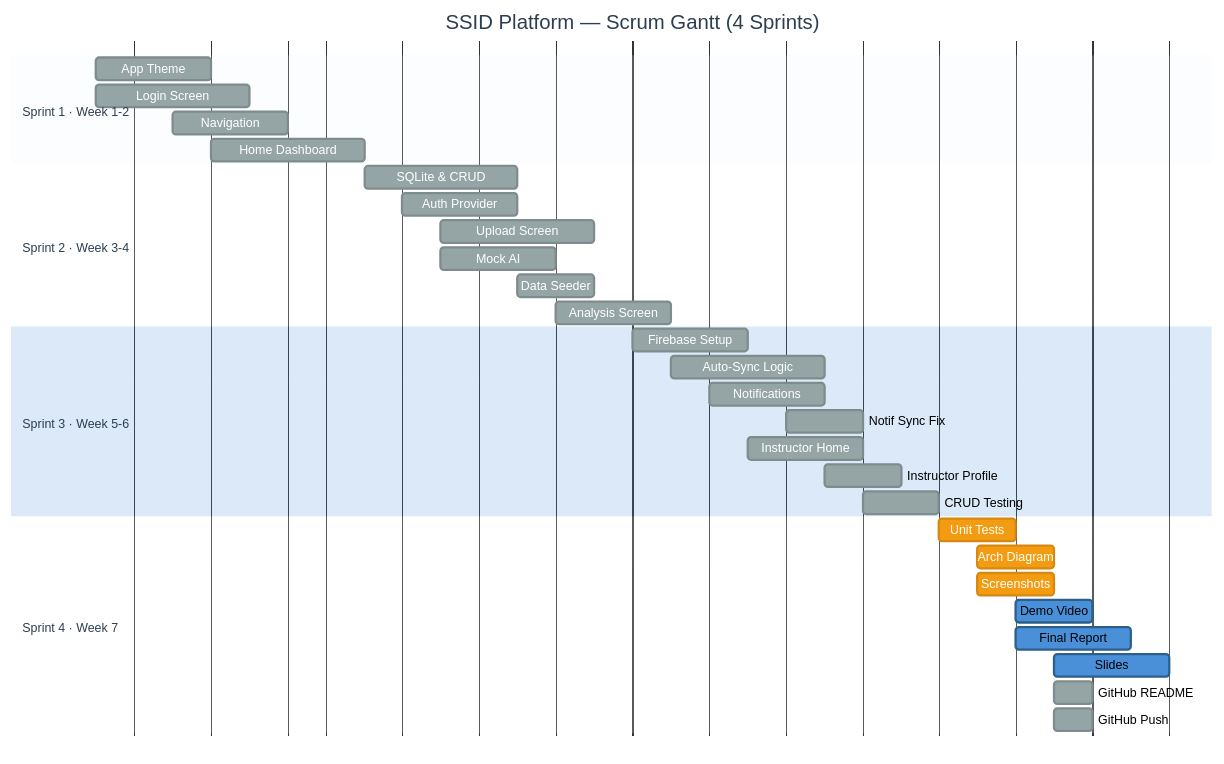
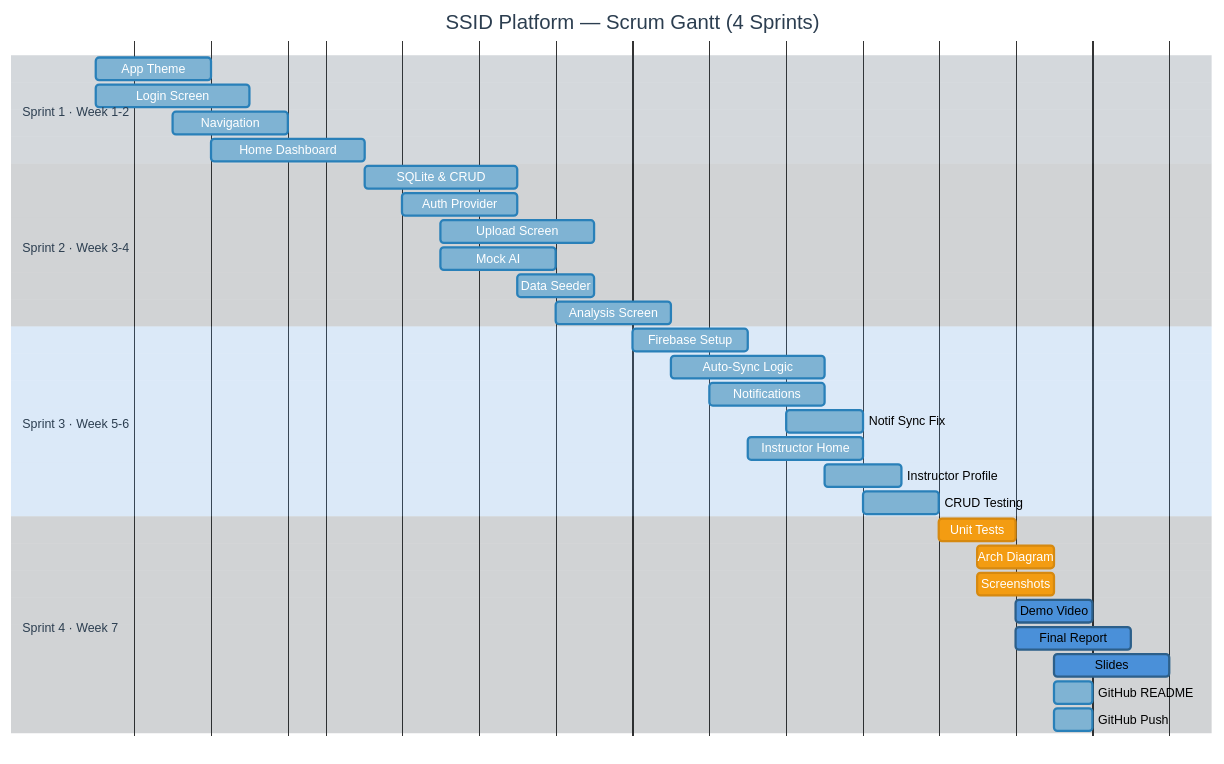
Before and after one commit to Apinan1234/ssid_app_v2-: the diagram in docs/gantt_scrum.md, drawn with Mermaid.

Commit message:
Fix: Gantt - dark section headers (#2c3e50) with white text, black task bar text for contrast

````diff
--- a/docs/gantt_scrum.md
+++ b/docs/gantt_scrum.md
@@ -10,40 +10,40 @@
 ```mermaid
-%%{init: { 'theme': 'base', 'themeVariables': { 'primaryColor': '#4A90D9', 'primaryTextColor': '#fff', 'primaryBorderColor': '#2c5f8a', 'secondaryColor': '#27ae60', 'tertiaryColor': '#8e44ad', 'critBorderColor': '#e67e22', 'critBkgColor': '#e67e22', 'doneTaskBkgColor': '#95a5a6', 'doneTaskBorderColor': '#7f8c8d', 'activeTaskBkgColor': '#f39c12', 'activeTaskBorderColor': '#d68910', 'taskTextColor': '#000000', 'taskTextOutsideColor': '#000000', 'taskTextLightColor': '#000000', 'sectionBkgColor': '#eaf4fb', 'altSectionBkgColor': '#fdfefe', 'gridColor': '#bdc3c7', 'titleColor': '#2c3e50' } } }%%
+%%{init: { 'theme': 'base', 'themeVariables': { 'primaryColor': '#4A90D9', 'primaryTextColor': '#ffffff', 'primaryBorderColor': '#2c5f8a', 'secondaryColor': '#27ae60', 'tertiaryColor': '#8e44ad', 'critBorderColor': '#e67e22', 'critBkgColor': '#e67e22', 'doneTaskBkgColor': '#7fb3d3', 'doneTaskBorderColor': '#2980b9', 'activeTaskBkgColor': '#f39c12', 'activeTaskBorderColor': '#d68910', 'taskTextColor': '#000000', 'taskTextOutsideColor': '#000000', 'taskTextLightColor': '#000000', 'sectionBkgColor': '#2c3e50', 'altSectionBkgColor': '#1a252f', 'gridColor': '#bdc3c7', 'titleColor': '#2c3e50', 'sectionBkgColorAlt': '#34495e' } } }%%
 gantt
     title SSID Platform — Scrum Gantt (4 Sprints)
     dateFormat YYYY-MM-DD
     axisFormat %d %b
 
     section Sprint 1 · Week 1-2
     App Theme         :done, 2026-01-26, 3d
     Login Screen      :done, 2026-01-26, 4d
     Navigation        :done, 2026-01-28, 3d
     Home Dashboard    :done, 2026-01-29, 4d
 
     section Sprint 2 · Week 3-4
     SQLite & CRUD     :done, 2026-02-02, 4d
     Auth Provider     :done, 2026-02-03, 3d
     Upload Screen     :done, 2026-02-04, 4d
     Mock AI           :done, 2026-02-04, 3d
     Data Seeder       :done, 2026-02-06, 2d
     Analysis Screen   :done, 2026-02-07, 3d
 
     section Sprint 3 · Week 5-6
     Firebase Setup    :done, 2026-02-09, 3d
     Auto-Sync Logic   :done, 2026-02-10, 4d
     Notifications     :done, 2026-02-11, 3d
     Notif Sync Fix    :done, 2026-02-13, 2d
     Instructor Home   :done, 2026-02-12, 3d
     Instructor Profile:done, 2026-02-14, 2d
     CRUD Testing      :done, 2026-02-15, 2d
 
     section Sprint 4 · Week 7
     Unit Tests        :active, 2026-02-17, 2d
     Arch Diagram      :active, 2026-02-18, 2d
     Screenshots       :active, 2026-02-18, 2d
     Demo Video        :2026-02-19, 2d
     Final Report      :2026-02-19, 3d
     Slides            :2026-02-20, 3d
     GitHub README     :done, 2026-02-20, 1d
     GitHub Push       :done, 2026-02-20, 1d
 ```
````
